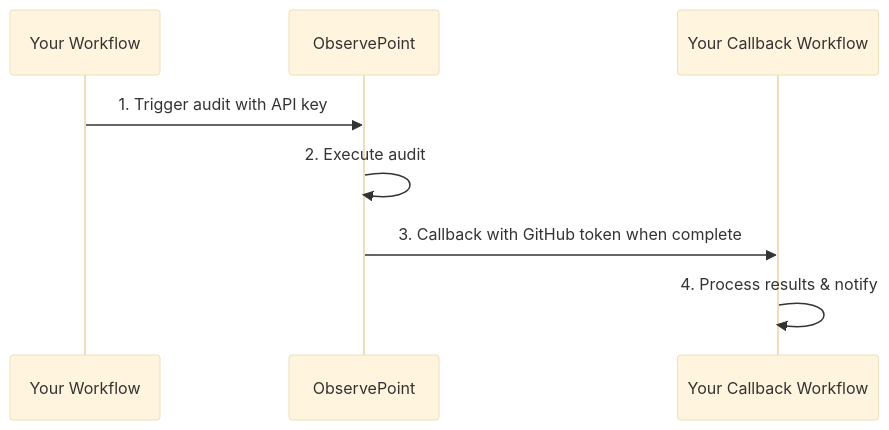
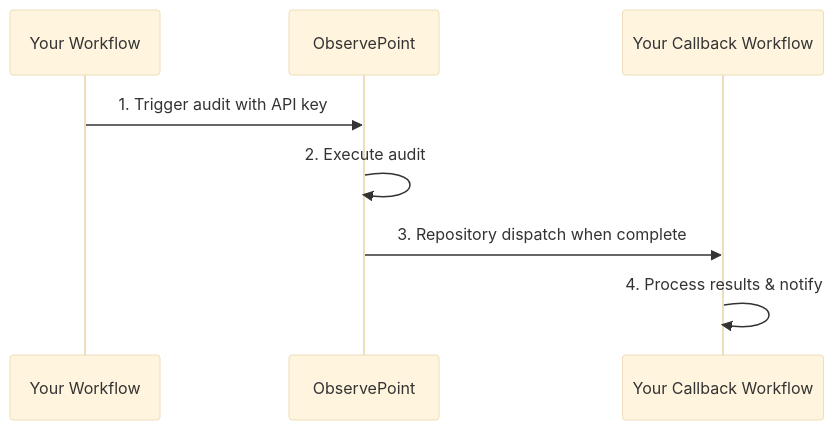
One commit to observepoint/github-actions-integration changed the diagram in README.md. Above: the diagram before and after it, drawn with Mermaid (base theme). The commit also changed other lines of this file and 4 other files, not shown here.

Commit message:
GitHub Actions integration with ObservePoint

````diff
--- a/README.md
+++ b/README.md
@@ -14,11 +14,11 @@
 ```mermaid
 sequenceDiagram
     participant GH as Your Workflow
     participant OP as ObservePoint
     participant CB as Your Callback Workflow
     
     GH->>OP: 1. Trigger audit with API key
     OP->>OP: 2. Execute audit
-    OP->>CB: 3. Callback with GitHub token when complete
+    OP->>CB: 3. Repository dispatch when complete
     CB->>CB: 4. Process results & notify
 ```
````
